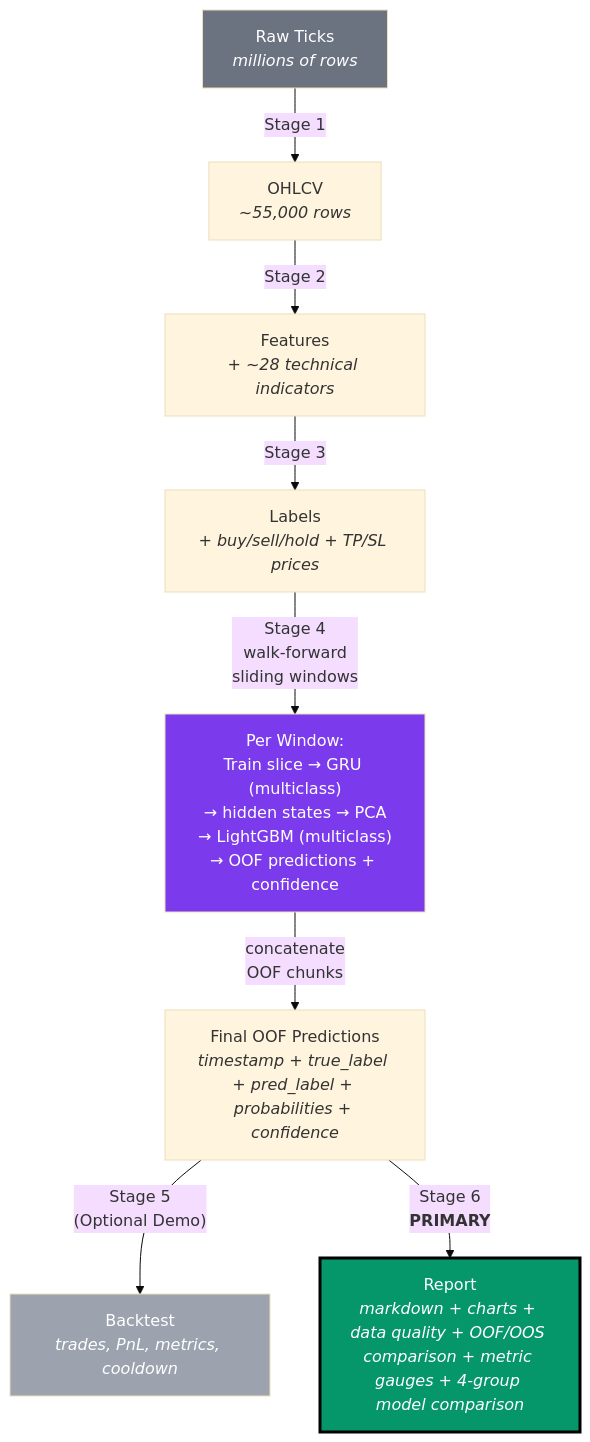
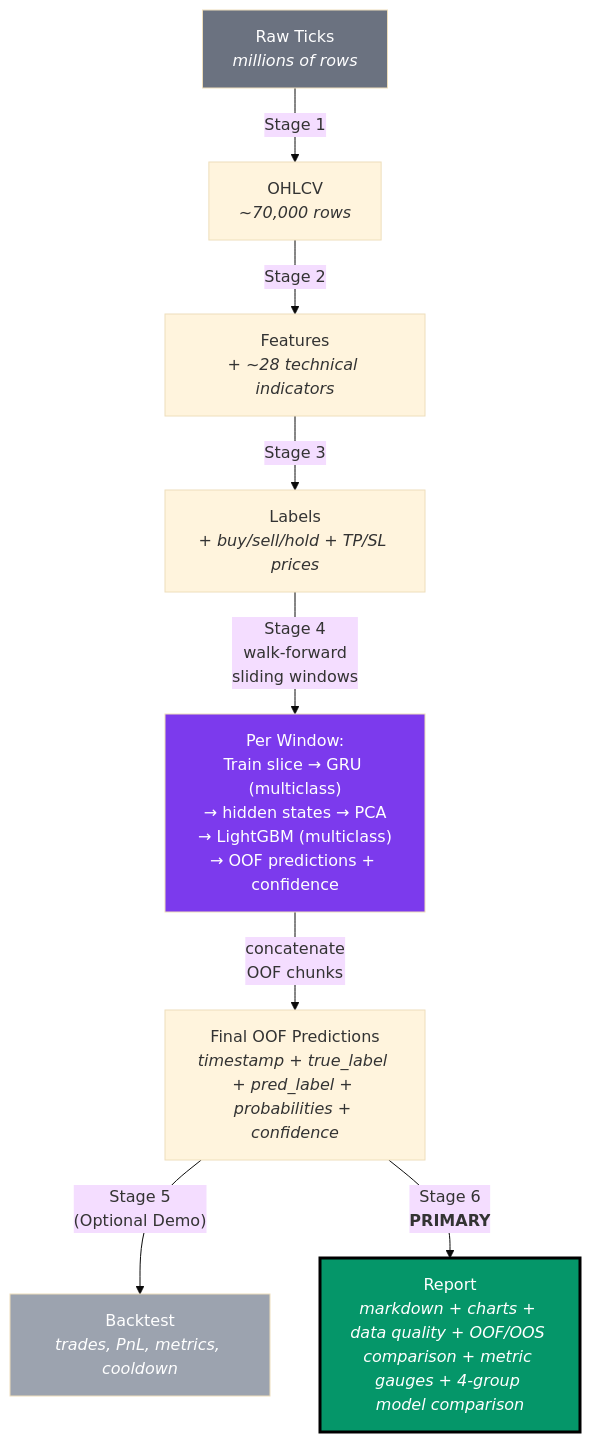
One commit to ultimateBroK/thesis-hybrid-stacking changed the sixth of 8 diagrams in docs/ARCHITECTURE.md. Above: the diagram before and after it, drawn with Mermaid (base theme). The commit also changed other lines of this file and 22 other files, not shown here.

````diff
--- a/docs/ARCHITECTURE.md
+++ b/docs/ARCHITECTURE.md
@@ -381,15 +381,15 @@
 ```mermaid
 flowchart TD
-    T0["Raw Ticks<br/><i>millions of rows</i>"] -->|"Stage 1"| T1["OHLCV<br/><i>~55,000 rows</i>"]
+    T0["Raw Ticks<br/><i>millions of rows</i>"] -->|"Stage 1"| T1["OHLCV<br/><i>~70,000 rows</i>"]
     T1 -->|"Stage 2"| T2["Features<br/><i>+ ~28 technical indicators</i>"]
     T2 -->|"Stage 3"| T3["Labels<br/><i>+ buy/sell/hold + TP/SL prices</i>"]
     T3 -->|"Stage 4<br/>walk-forward<br/>sliding windows"| T4["Per Window:<br/>Train slice → GRU (multiclass)<br/>→ hidden states → PCA<br/>→ LightGBM (multiclass)<br/>→ OOF predictions + confidence"]
     T4 -->|"concatenate<br/>OOF chunks"| T5["Final OOF Predictions<br/><i>timestamp + true_label + pred_label + probabilities + confidence</i>"]
     T5 -->|"Stage 5<br/>(Optional Demo)"| T6["Backtest<br/><i>trades, PnL, metrics, cooldown</i>"]
     T5 -->|"Stage 6<br/><b>PRIMARY</b>"| T7["Report<br/><i>markdown + charts + data quality + OOF/OOS comparison + metric gauges + 4-group model comparison</i>"]
 
     style T0 fill:#6B7280,color:#fff
     style T4 fill:#7C3AED,color:#fff
     style T6 fill:#9CA3AF,color:#fff
     style T7 fill:#059669,color:#fff,stroke:#000,stroke-width:3px
 ```
````
